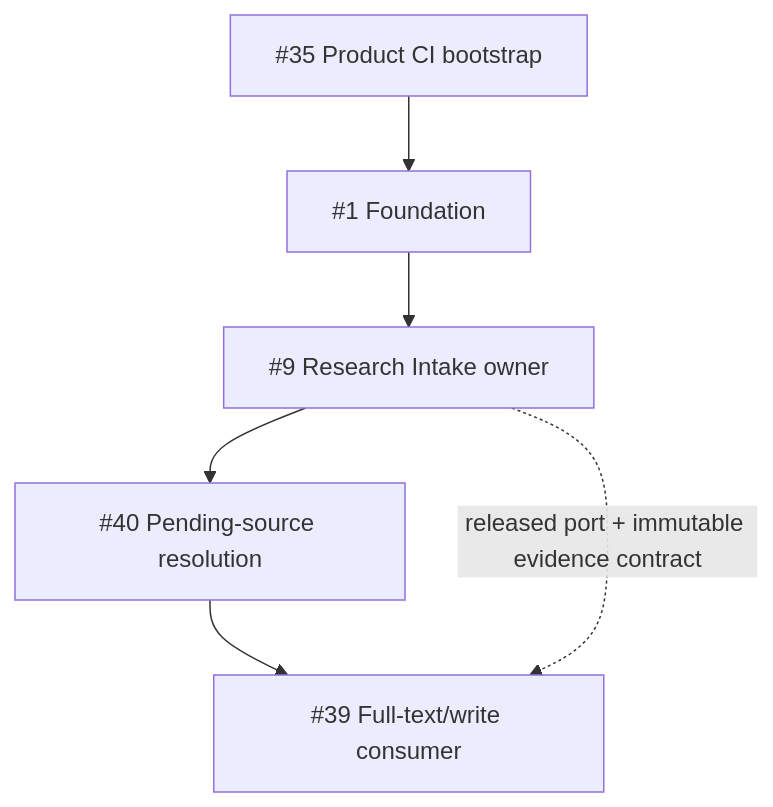
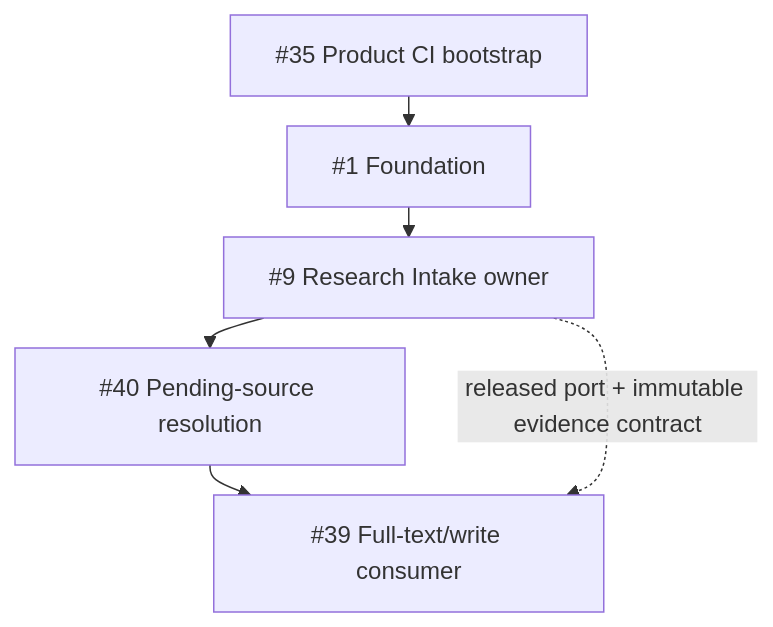
Before and after one commit to ContextualWisdomLab/ConceptWeave: the diagram in docs/product-technical-gap-baseline.md, drawn with Mermaid. The commit also changed 2 other files, not shown here.

Commit message:
docs(gap): bound dependency diagram spacing

````diff
--- a/docs/product-technical-gap-baseline.md
+++ b/docs/product-technical-gap-baseline.md
@@ -18,8 +18,9 @@
 ```mermaid
+%%{init: {"flowchart": {"rankSpacing": 20}}}%%
 flowchart TB
     ci["#35 Product CI bootstrap"] --> foundation["#1 Foundation"]
     foundation --> intake["#9 Research Intake owner"]
     intake --> resolution["#40 Pending-source resolution"]
     resolution --> writer["#39 Full-text/write consumer"]
     intake -. "released port + immutable evidence contract" .-> writer
 ```
````
